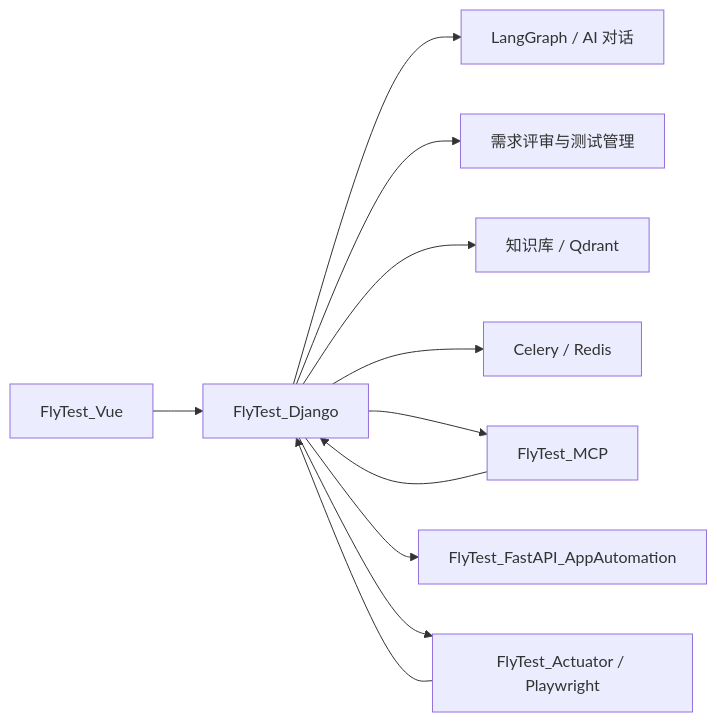
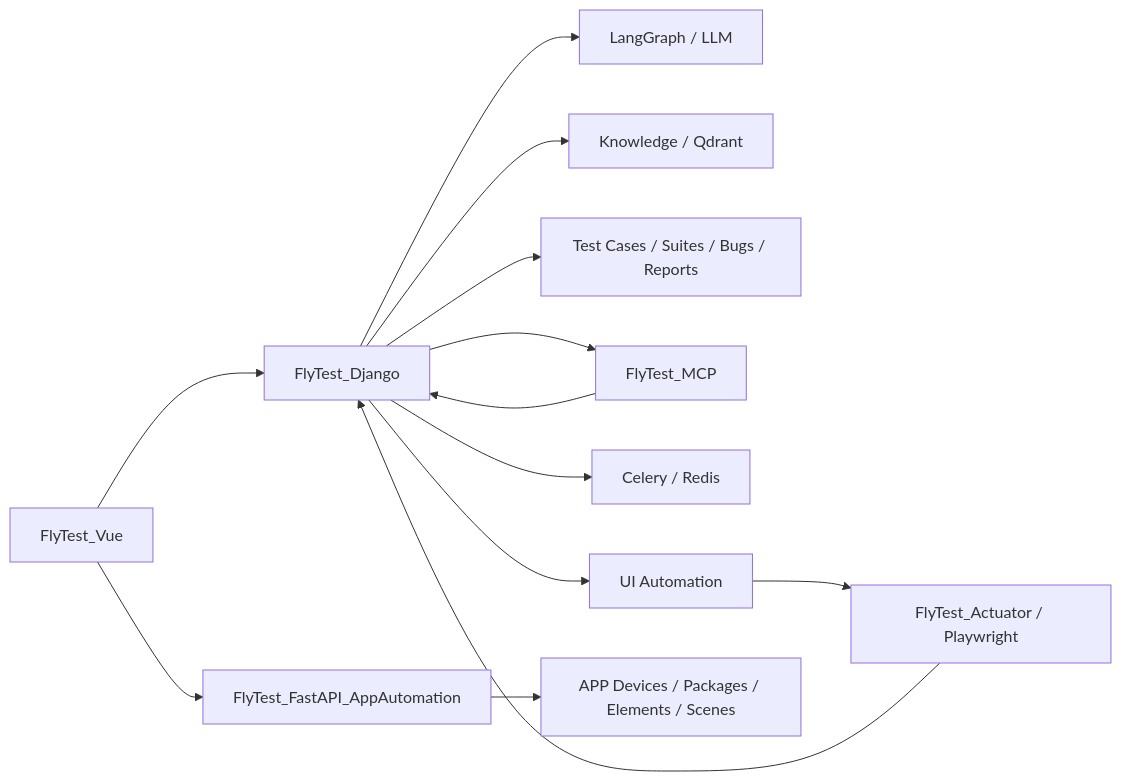
The diagram in README.md (weizhentest/flytest), drawn with Mermaid before and after one commit. The commit also changed other lines of this file and 13 other files, not shown here.

Commit message:
Refine app automation UI and refresh README

````diff
--- a/README.md
+++ b/README.md
@@ -105,13 +143,15 @@
 ```mermaid
 flowchart LR
     FE["FlyTest_Vue"] --> BE["FlyTest_Django"]
-    BE --> AI["LangGraph / AI 对话"]
-    BE --> REQ["需求评审与测试管理"]
-    BE --> KB["知识库 / Qdrant"]
+    FE --> APP["FlyTest_FastAPI_AppAutomation"]
+    BE --> AI["LangGraph / LLM"]
+    BE --> KB["Knowledge / Qdrant"]
+    BE --> CASE["Test Cases / Suites / Bugs / Reports"]
+    BE --> MCP["FlyTest_MCP"]
     BE --> CEL["Celery / Redis"]
-    BE --> MCP["FlyTest_MCP"]
-    BE --> APP["FlyTest_FastAPI_AppAutomation"]
-    BE --> ACT["FlyTest_Actuator / Playwright"]
+    BE --> UIA["UI Automation"]
+    APP --> DEV["APP Devices / Packages / Elements / Scenes"]
+    UIA --> ACT["FlyTest_Actuator / Playwright"]
     MCP --> BE
     ACT --> BE
 ```
````
